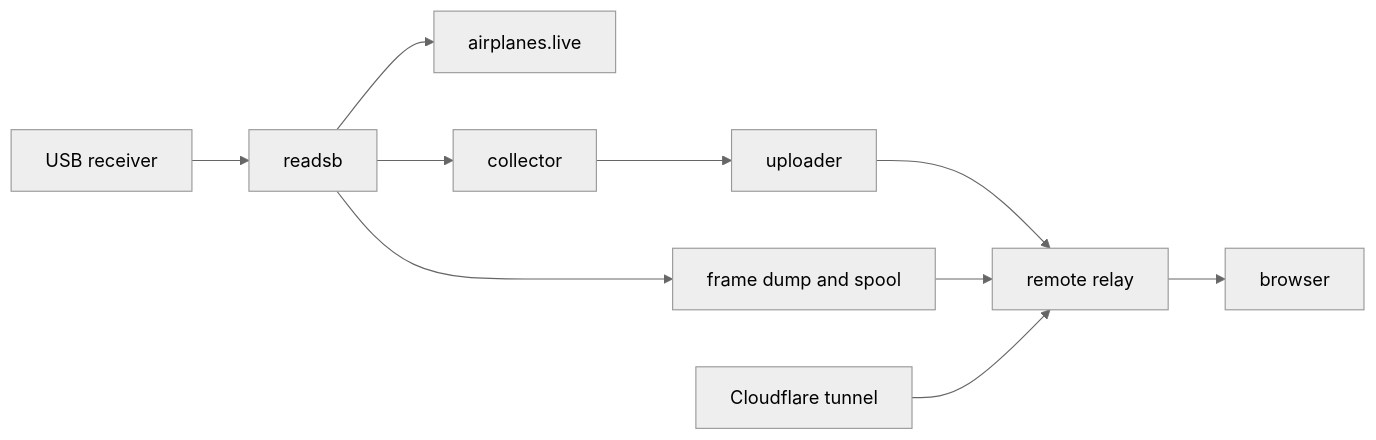
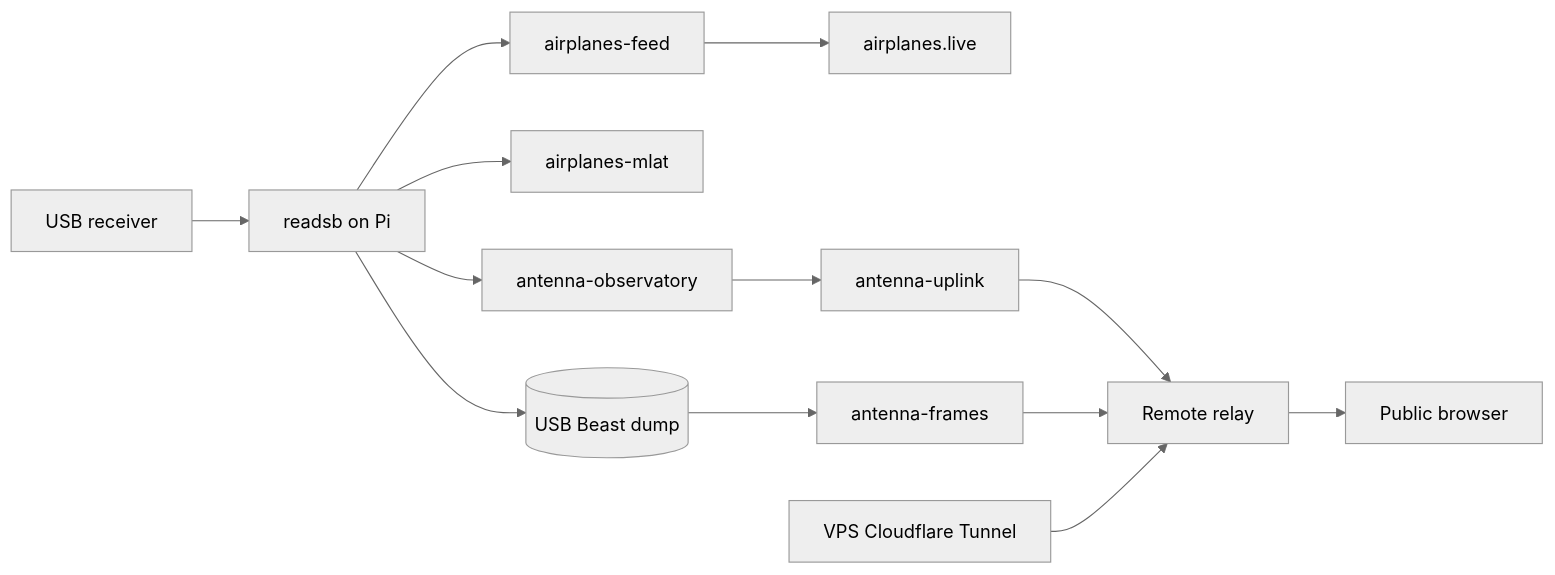
Before and after one commit to ramideltoro/antenna_observatory: the diagram in wiki-site/docs/operations.md, drawn with Mermaid (neutral theme). The commit also changed other lines of this file and 14 other files, not shown here.

Commit message:
docs: describe Raspberry Pi receiver and USB storage operations (#21)

````diff
--- a/wiki-site/docs/operations.md
+++ b/wiki-site/docs/operations.md
@@ -5,12 +7,12 @@
 ```mermaid
 flowchart LR
-    USB[USB receiver] --> R[readsb]
-    R --> AL[airplanes.live]
-    R --> C[collector]
-    R --> F[frame dump and spool]
-    C --> U[uploader]
-    U --> V[remote relay]
-    F --> V
-    T[Cloudflare tunnel] --> V
-    V --> B[browser]
+    USB[USB receiver] --> R[readsb on Pi]
+    R --> AF[airplanes-feed] --> AL[airplanes.live]
+    R --> MLAT[airplanes-mlat]
+    R --> C[antenna-observatory]
+    R --> D[(USB Beast dump)]
+    C --> U[antenna-uplink] --> V[Remote relay]
+    D --> F[antenna-frames] --> V
+    T[VPS Cloudflare Tunnel] --> V
+    V --> B[Public browser]
 ```
````
